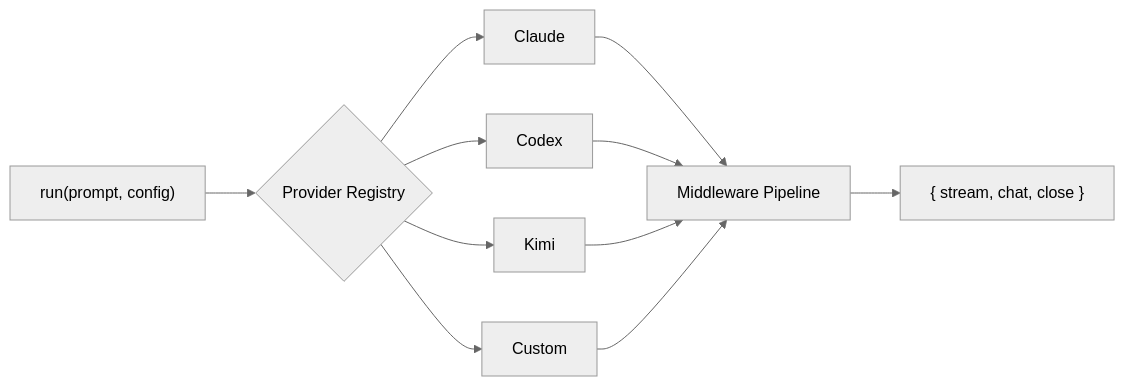
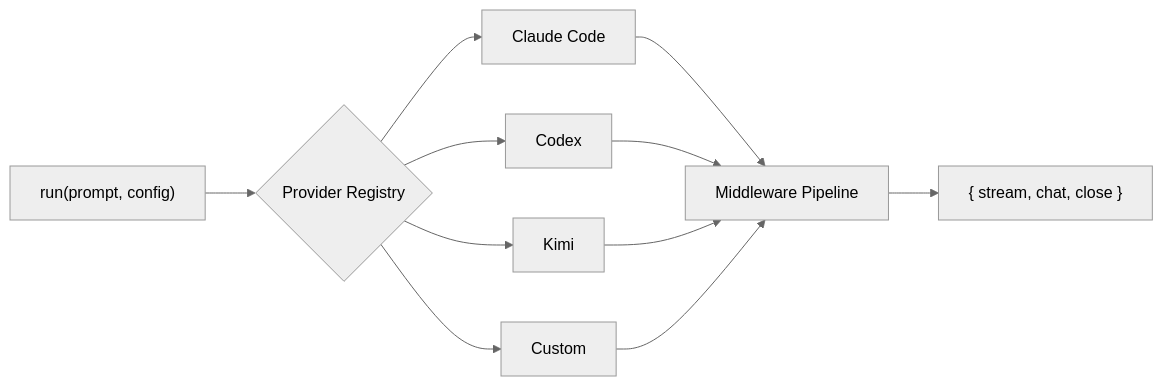
The diagram in README.md (odysa/open-agent-sdk), drawn with Mermaid (neutral theme) before and after one commit. The commit also changed other lines of this file and 1 other file, not shown here.

Commit message:
docs: rename Claude to Claude Code in banner and README

````diff
--- a/README.md
+++ b/README.md
@@ -256,13 +256,13 @@
 ```mermaid
 graph LR
     A["run(prompt, config)"] --> B{Provider Registry}
-    B --> C[Claude]
+    B --> C[Claude Code]
     B --> D[Codex]
     B --> E[Kimi]
     B --> F[Custom]
     C --> G[Middleware Pipeline]
     D --> G
     E --> G
     F --> G
     G --> H["{ stream, chat, close }"]
 ```
````
